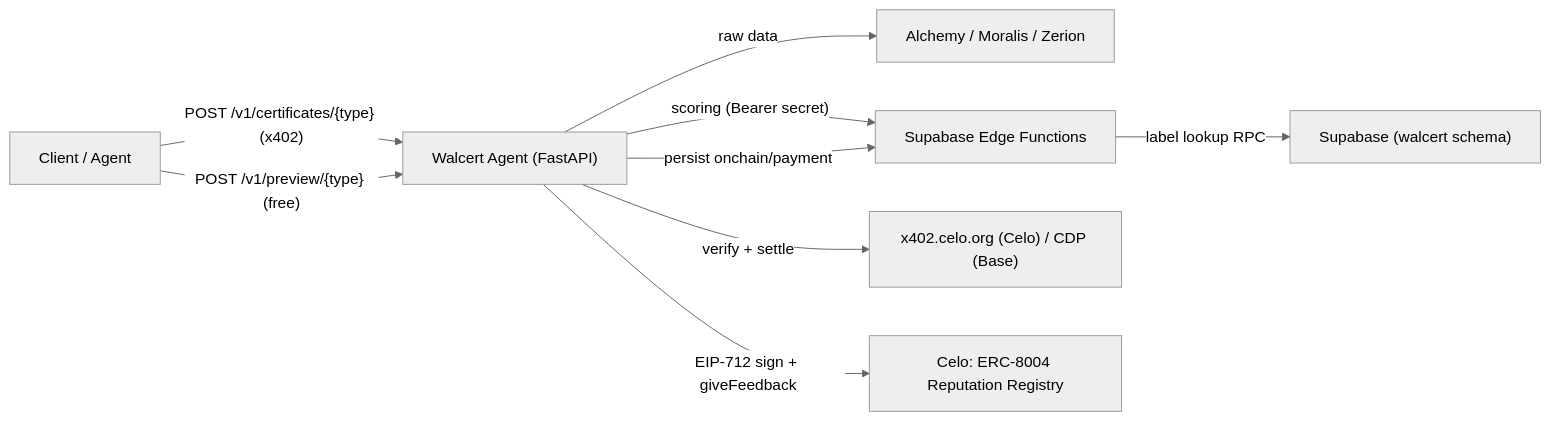
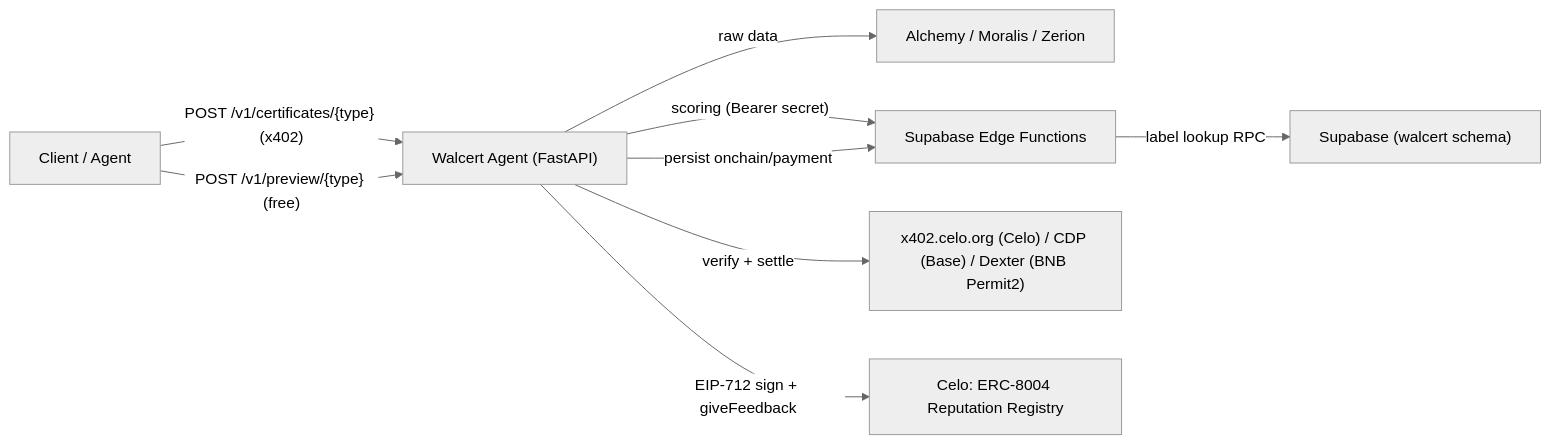
One commit to GlobalScoreAgent/walcert-agent changed the diagram in docs/deployment-guide.md. Above: the diagram before and after it, drawn with Mermaid (neutral theme). The commit also changed other lines of this file and 21 other files, not shown here.

First line of the commit message:
Add BNB x402 Permit2 rail and soulbound receipt NFT.

````diff
--- a/docs/deployment-guide.md
+++ b/docs/deployment-guide.md
@@ -18,11 +18,11 @@
 ```mermaid
 flowchart LR
   Client["Client / Agent"] -->|"POST /v1/certificates/{type} (x402)"| Agent["Walcert Agent (FastAPI)"]
   Client -->|"POST /v1/preview/{type} (free)"| Agent
   Agent -->|"raw data"| Providers["Alchemy / Moralis / Zerion"]
   Agent -->|"scoring (Bearer secret)"| Edge["Supabase Edge Functions"]
   Edge -->|"label lookup RPC"| DB["Supabase (walcert schema)"]
-  Agent -->|"verify + settle"| Facilitator["x402.celo.org (Celo) / CDP (Base)"]
+  Agent -->|"verify + settle"| Facilitator["x402.celo.org (Celo) / CDP (Base) / Dexter (BNB Permit2)"]
   Agent -->|"EIP-712 sign + giveFeedback"| Celo["Celo: ERC-8004 Reputation Registry"]
   Agent -->|"persist onchain/payment"| Edge
 ```
````
